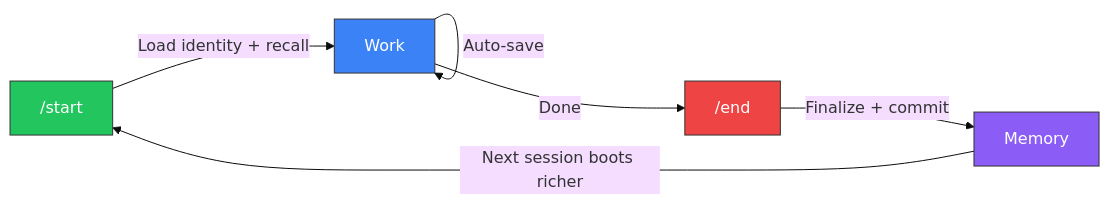
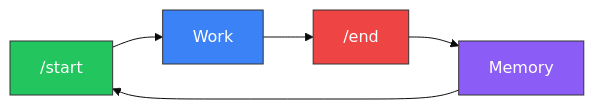
Before and after one commit to agent-memory-atlas-archive/winstonkoh87--Athena-Public: the diagram in README.md, drawn with Mermaid (base theme).

Commit message:
fix: simplify mermaid diagram to fix GitHub render error

````diff
--- a/README.md
+++ b/README.md
@@ -68,13 +68,12 @@
 ```mermaid
 flowchart LR
-    A["/start"] -->|Load identity + recall| B["Work"]
-    B -->|Auto-save| B
-    B -->|Done| C["/end"]
-    C -->|Finalize + commit| D["Memory"]
-    D -->|Next session boots richer| A
+    A["/start"] --> B["Work"]
+    B --> C["/end"]
+    C --> D["Memory"]
+    D --> A
 
     style A fill:#22c55e,color:#fff,stroke:#333
     style C fill:#ef4444,color:#fff,stroke:#333
     style D fill:#8b5cf6,color:#fff,stroke:#333
     style B fill:#3b82f6,color:#fff,stroke:#333
 ```
````
